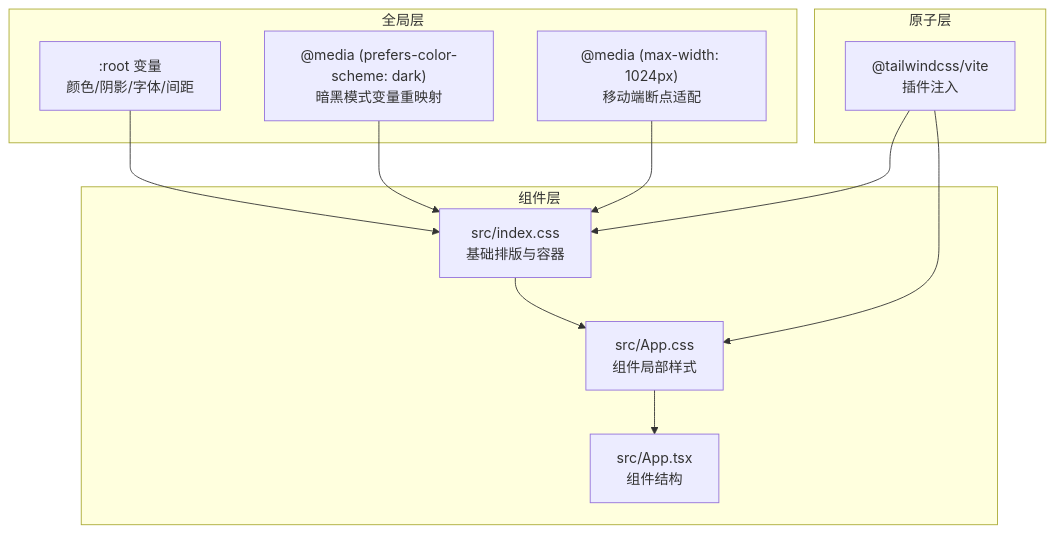
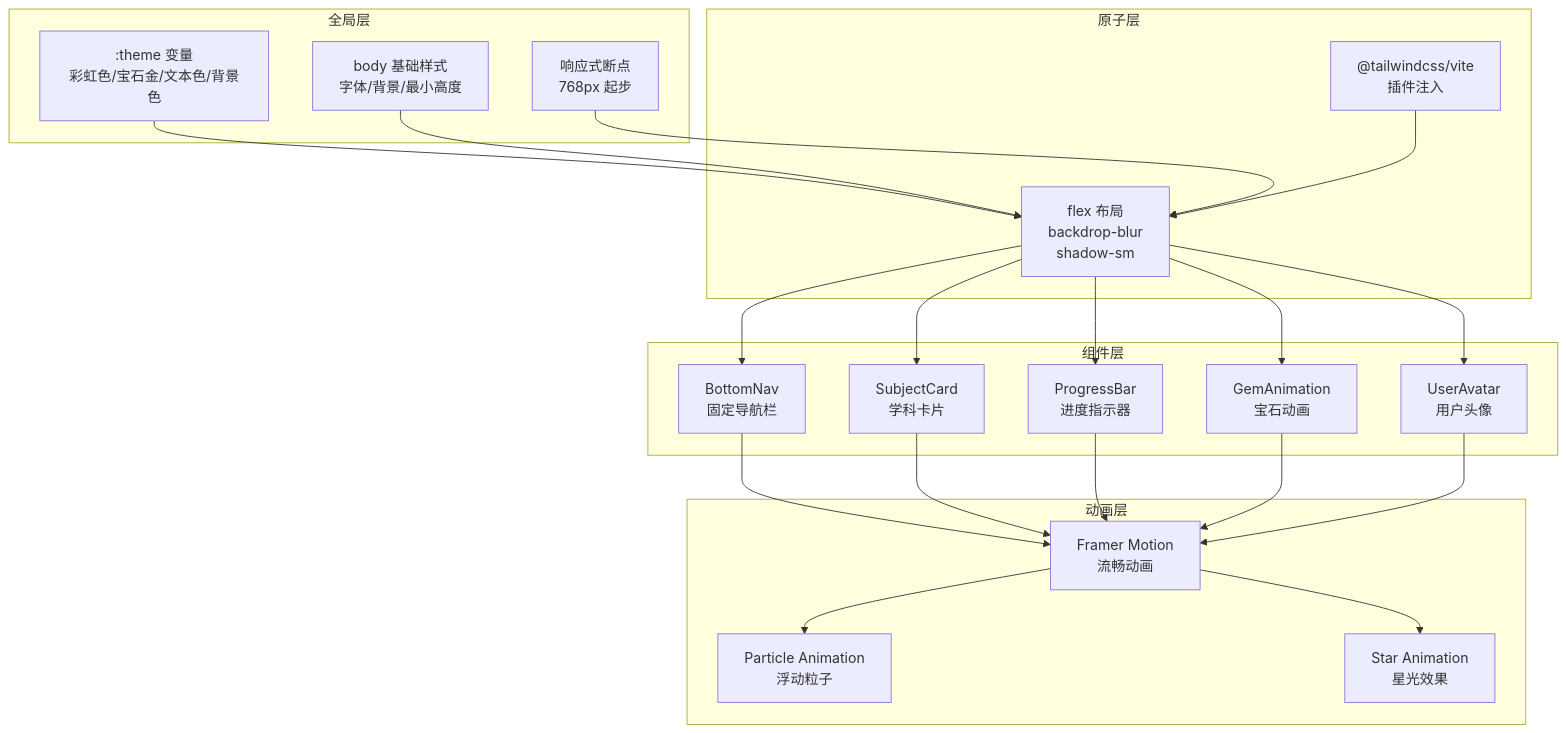
One commit to wudeng2005/rainbow-learning changed the second of 8 diagrams in .qoder/repowiki/zh/content/样式系统.md. Above: the diagram before and after it, drawn with Mermaid. The commit also changed other lines of this file and 55 other files, not shown here.

````diff
--- a/.qoder/repowiki/zh/content/样式系统.md
+++ b/.qoder/repowiki/zh/content/样式系统.md
@@ -85,23 +124,40 @@
 ```mermaid
 graph TB
 subgraph "全局层"
-R[":root 变量<br/>颜色/阴影/字体/间距"]
-M["@media (prefers-color-scheme: dark)<br/>暗黑模式变量重映射"]
-P["@media (max-width: 1024px)<br/>移动端断点适配"]
+R[":theme 变量<br/>彩虹色/宝石金/文本色/背景色"]
+B["body 基础样式<br/>字体/背景/最小高度"]
+P["响应式断点<br/>768px 起步"]
 end
 subgraph "原子层"
 T["@tailwindcss/vite<br/>插件注入"]
+A["flex 布局<br/>backdrop-blur<br/>shadow-sm"]
 end
 subgraph "组件层"
-S1["src/index.css<br/>基础排版与容器"]
-S2["src/App.css<br/>组件局部样式"]
-S3["src/App.tsx<br/>组件结构"]
+BN["BottomNav<br/>固定导航栏"]
+SC["SubjectCard<br/>学科卡片"]
+PB["ProgressBar<br/>进度指示器"]
+GA["GemAnimation<br/>宝石动画"]
+UA["UserAvatar<br/>用户头像"]
 end
-R --> S1
-M --> S1
-P --> S1
-S1 --> S2
-S2 --> S3
-T --> S1
-T --> S2
+subgraph "动画层"
+FM["Framer Motion<br/>流畅动画"]
+PA["Particle Animation<br/>浮动粒子"]
+SA["Star Animation<br/>星光效果"]
+end
+R --> A
+B --> A
+P --> A
+A --> BN
+A --> SC
+A --> PB
+A --> GA
+A --> UA
+T --> A
+FM --> PA
+FM --> SA
+BN --> FM
+SC --> FM
+PB --> FM
+GA --> FM
+UA --> FM
 ```
````
